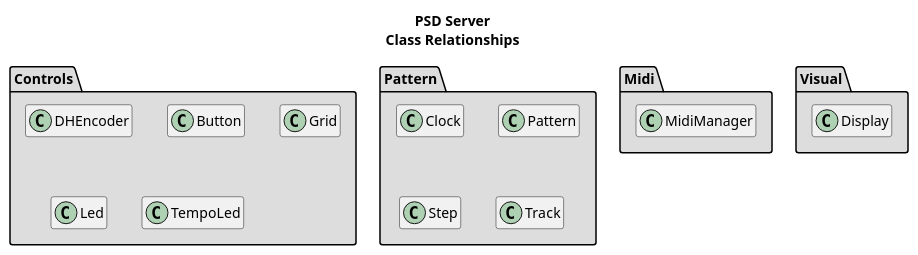
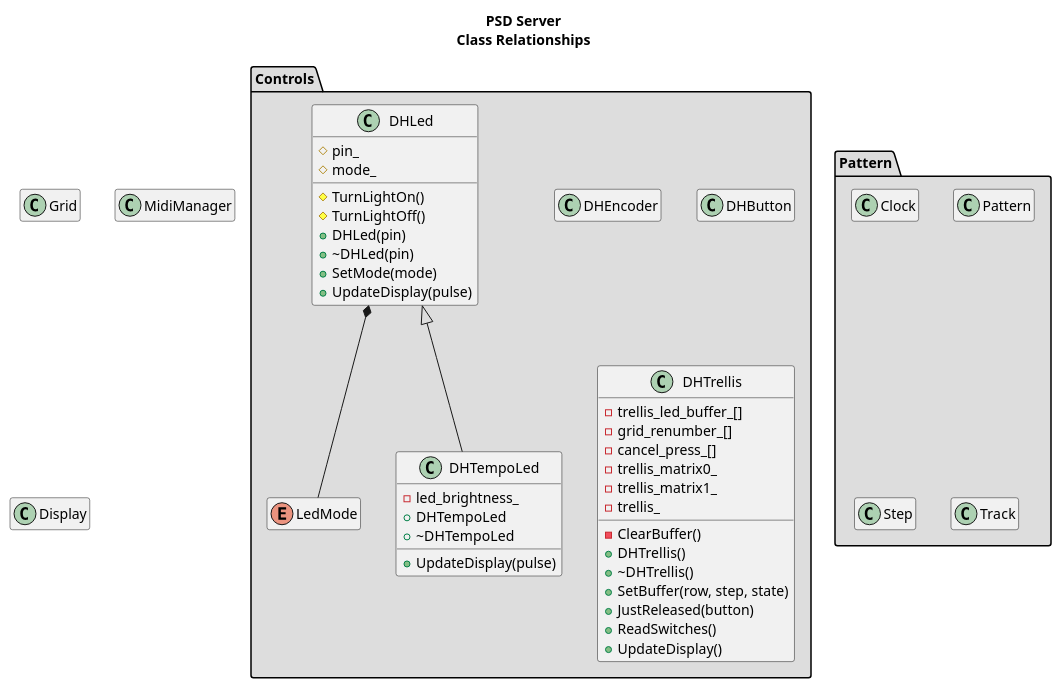
Before and after one commit to jsiemasko/DeadHorseBeatBox: the diagram in documentation/DeadHorseBeatBox_ClassStructure.wsd, drawn with PlantUML. The commit also changed 9 other files, not shown here.

```diff
--- a/documentation/DeadHorseBeatBox_ClassStructure.wsd
+++ b/documentation/DeadHorseBeatBox_ClassStructure.wsd
@@ -1,25 +1,53 @@
 @startuml
 
 Title PSD Server\nClass Relationships
 hide empty members
 namespace Controls #DDDDDD{
+    enum LedMode
     class DHEncoder
-    class Button
-    class Grid
-    class Led
-    class TempoLed
-}
-namespace Midi #DDDDDD{
-    class MidiManager
-}
-namespace Visual #DDDDDD{
-    class Display
+    class DHButton
+    class DHLed{
+        #pin_
+        #mode_
+        #TurnLightOn()
+        #TurnLightOff()
+        +DHLed(pin)
+        +~DHLed(pin)
+        +SetMode(mode)
+        +UpdateDisplay(pulse)
+    }
+    DHLed *-- LedMode
+    DHLed <|-- DHTempoLed
+    class DHTempoLed{
+        -led_brightness_
+        +DHTempoLed
+        +~DHTempoLed
+        +UpdateDisplay(pulse)
+    }
+    class DHTrellis{
+        -trellis_led_buffer_[]
+        -grid_renumber_[]
+        -cancel_press_[]
+        -trellis_matrix0_
+        -trellis_matrix1_
+        -trellis_
+        -ClearBuffer()
+        +DHTrellis()
+        +~DHTrellis()
+        +SetBuffer(row, step, state)
+        +JustReleased(button)
+        +ReadSwitches()
+        +UpdateDisplay()
+    }
 }
 namespace Pattern #DDDDDD{
     class Clock
     class Pattern
     class Step
     class Track
 }
+    class Grid
+    class MidiManager
+    class Display
 
 @enduml
```
